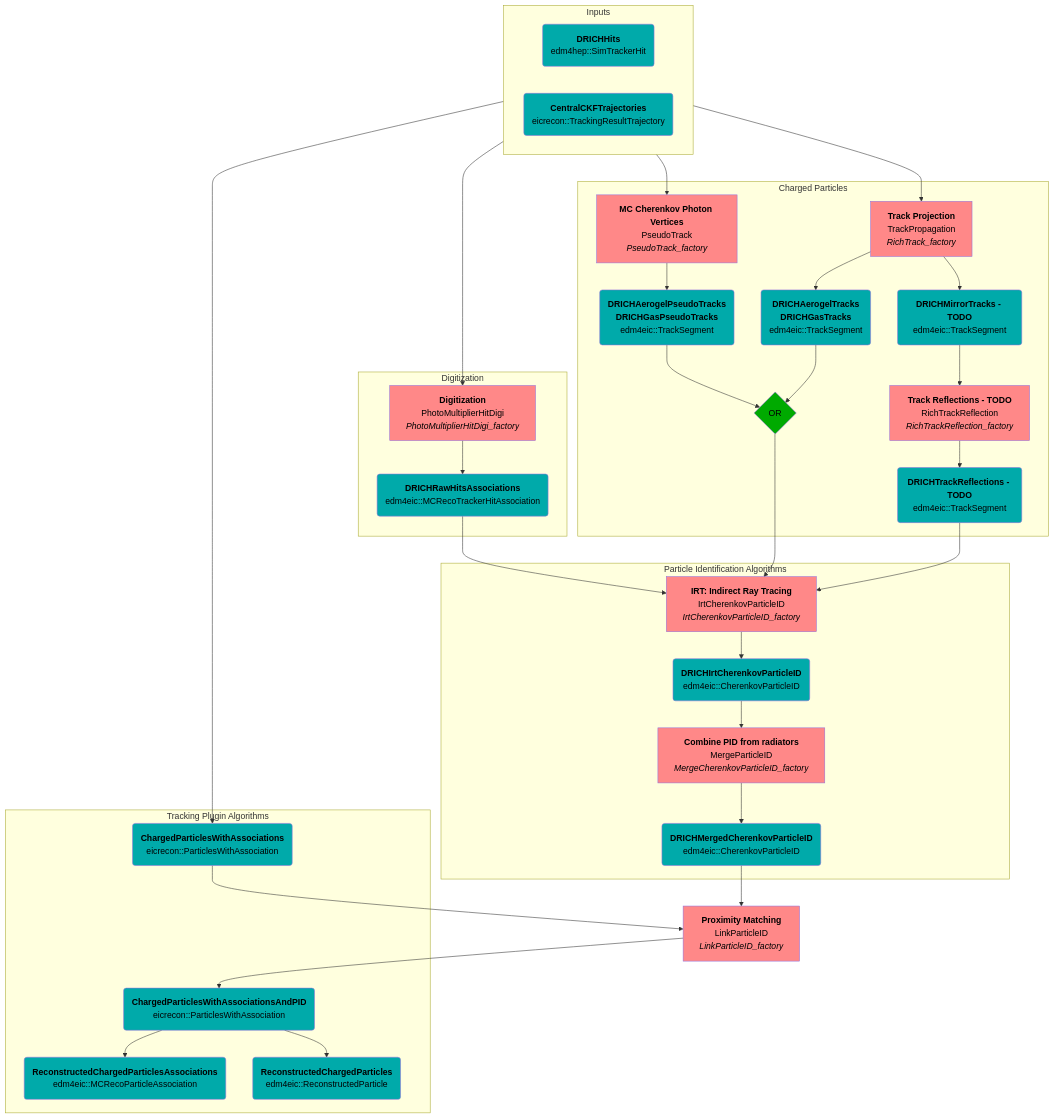
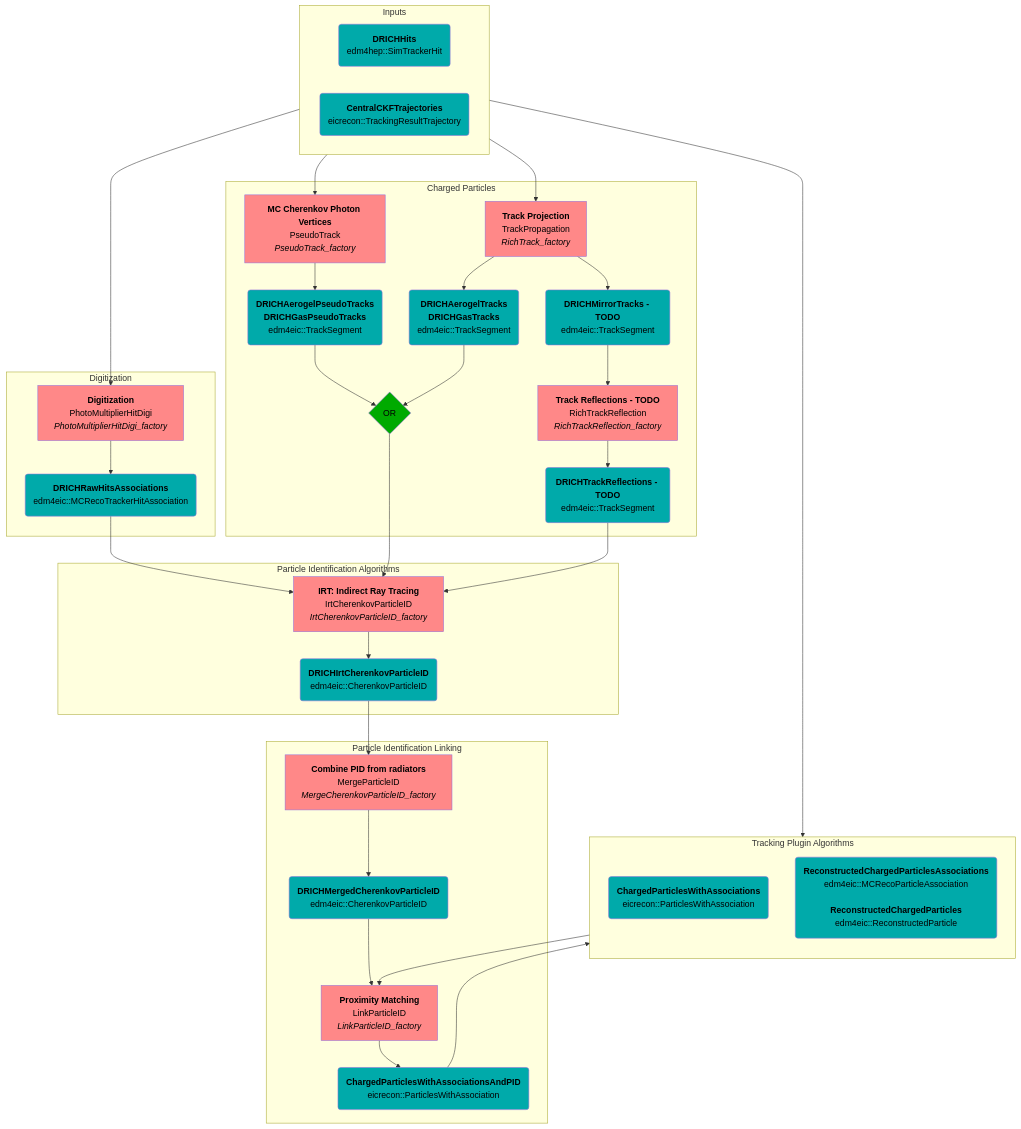
The second of 5 diagrams in src/detectors/DRICH/README.md (eic/EICrecon), drawn with Mermaid before and after one commit.

Commit message:
modified:   src/detectors/DRICH/README.md

````diff
--- a/src/detectors/DRICH/README.md
+++ b/src/detectors/DRICH/README.md
@@ -50,17 +50,20 @@
   subgraph Particle Identification Algorithms
     IRT[<strong>IRT: Indirect Ray Tracing</strong><br/>IrtCherenkovParticleID<br><i>IrtCherenkovParticleID_factory</i>]:::alg
     IRTPID(<strong>DRICHIrtCherenkovParticleID</strong><br/>edm4eic::CherenkovParticleID):::col
+  end
 
+  subgraph Particle Identification Linking
     Merge[<strong>Combine PID from radiators</strong><br/>MergeParticleID<br><i>MergeCherenkovParticleID_factory</i>]:::alg
     MergePID(<strong>DRICHMergedCherenkovParticleID</strong><br/>edm4eic::CherenkovParticleID):::col
+    
+    ProxMatch[<strong>Proximity Matching</strong><br/>LinkParticleID<br><i>LinkParticleID_factory</i>]:::alg
+    ReconAssocsPID(<strong>ChargedParticlesWithAssociationsAndPID</strong><br/>eicrecon::ParticlesWithAssociation):::col
   end
 
-  ProxMatch[<strong>Proximity Matching</strong><br/>LinkParticleID<br><i>LinkParticleID_factory</i>]:::alg
   subgraph Tracking Plugin Algorithms
+    direction TB
     ReconAssocs(<strong>ChargedParticlesWithAssociations</strong><br/>eicrecon::ParticlesWithAssociation):::col
-    ReconAssocsPID(<strong>ChargedParticlesWithAssociationsAndPID</strong><br/>eicrecon::ParticlesWithAssociation):::col
-    ReconAssocsFinal(<strong>ReconstructedChargedParticlesAssociations</strong><br/>edm4eic::MCRecoParticleAssociation):::col
-    ReconFinal(<strong>ReconstructedChargedParticles</strong><br/>edm4eic::ReconstructedParticle):::col
+    ReconFinal(<strong>ReconstructedChargedParticlesAssociations</strong><br/>edm4eic::MCRecoParticleAssociation<br/><br/><strong>ReconstructedChargedParticles</strong><br/>edm4eic::ReconstructedParticle):::col
   end
 
   %%-----------------
@@ -95,6 +98,5 @@
   MergePID --> ProxMatch
   ReconAssocs --> ProxMatch
   ProxMatch --> ReconAssocsPID
-  ReconAssocsPID --> ReconAssocsFinal
   ReconAssocsPID --> ReconFinal
 ```
````
